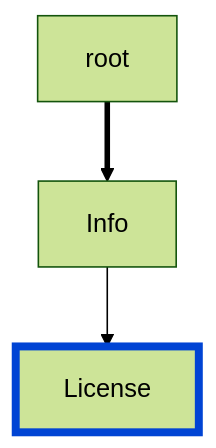
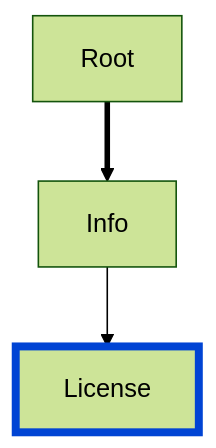
One commit to Redocly/redocly-cli changed the diagram in docs/@v1/rules/oas/info-license.md. Above: the diagram before and after it, drawn with Mermaid (forest theme). The commit also changed 36 other files, not shown here.

````diff
--- a/docs/@v1/rules/oas/info-license.md
+++ b/docs/@v1/rules/oas/info-license.md
@@ -15,7 +15,7 @@
 ```mermaid
 flowchart TD
 
-root ==> Info --> License
+Root ==> Info --> License
 
 style License fill:#codaf9,stroke:#0044d4,stroke-width:5px
 ```
````
